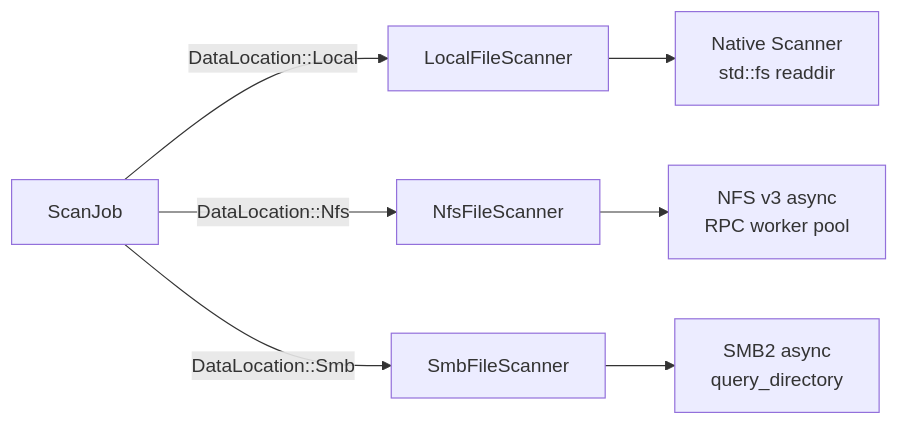
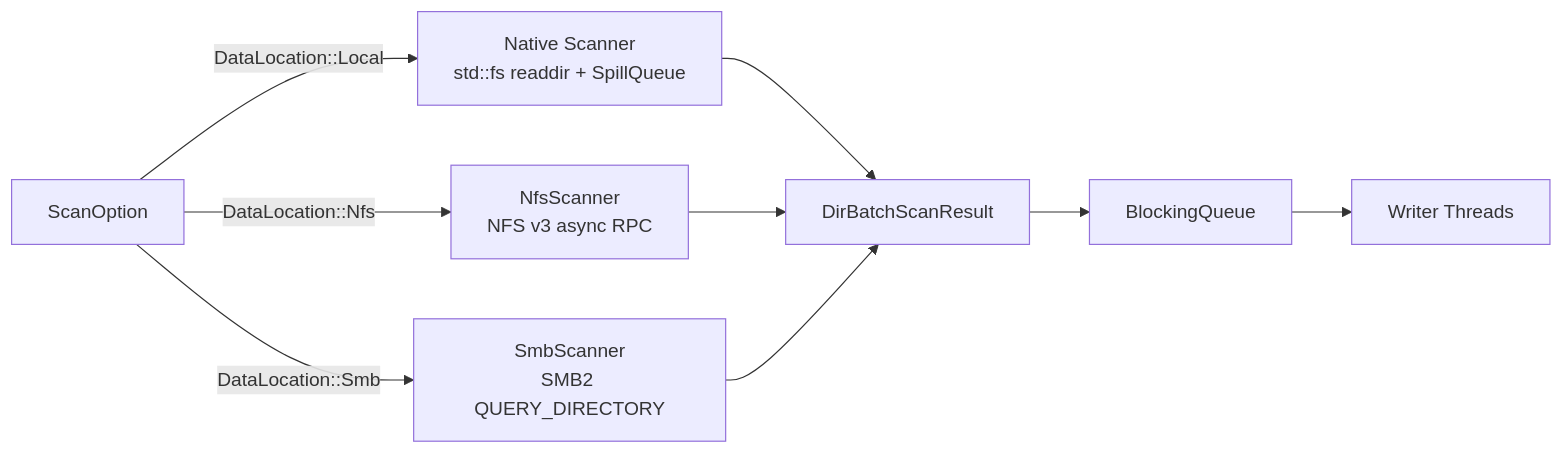
The second of 2 diagrams in wiki/docs/concepts/scan-engine.md (XUranus/fpt-rs), drawn with Mermaid before and after one commit. The commit also changed other lines of this file and 60 other files, not shown here.

First line of the commit message:
Enhance wiki: code snippets, mermaid diagrams, i18n zh-CN support

````diff
--- a/wiki/docs/concepts/scan-engine.md
+++ b/wiki/docs/concepts/scan-engine.md
@@ -88,9 +299,11 @@
 ```mermaid
 flowchart LR
-    A[ScanJob] -->|DataLocation::Local| B[LocalFileScanner]
-    A -->|DataLocation::Nfs| C[NfsFileScanner]
-    A -->|DataLocation::Smb| D[SmbFileScanner]
-    B --> E[Native Scanner<br/>std::fs readdir]
-    C --> F[NFS v3 async<br/>RPC worker pool]
-    D --> G[SMB2 async<br/>query_directory]
+    A[ScanOption] -->|DataLocation::Local| B[Native Scanner<br/>std::fs readdir + SpillQueue]
+    A -->|DataLocation::Nfs| C[NfsScanner<br/>NFS v3 async RPC]
+    A -->|DataLocation::Smb| D[SmbScanner<br/>SMB2 QUERY_DIRECTORY]
+    B --> E[DirBatchScanResult]
+    C --> E
+    D --> E
+    E --> F[BlockingQueue]
+    F --> G[Writer Threads]
 ```
````
